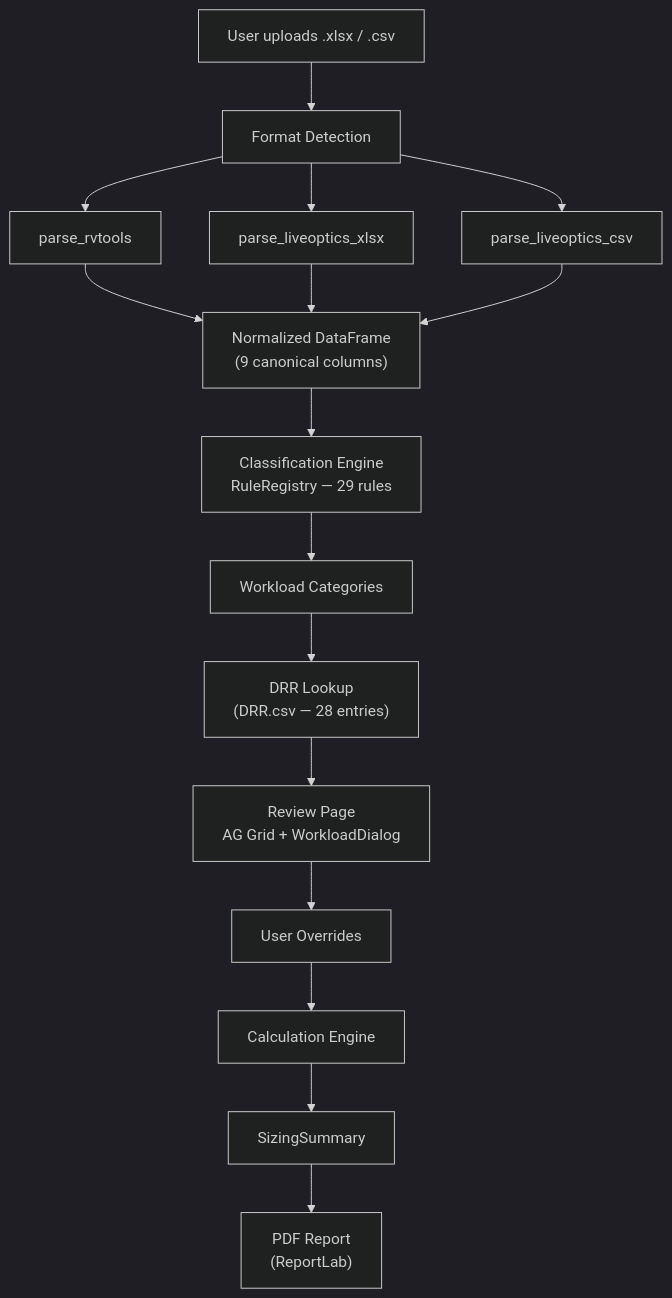
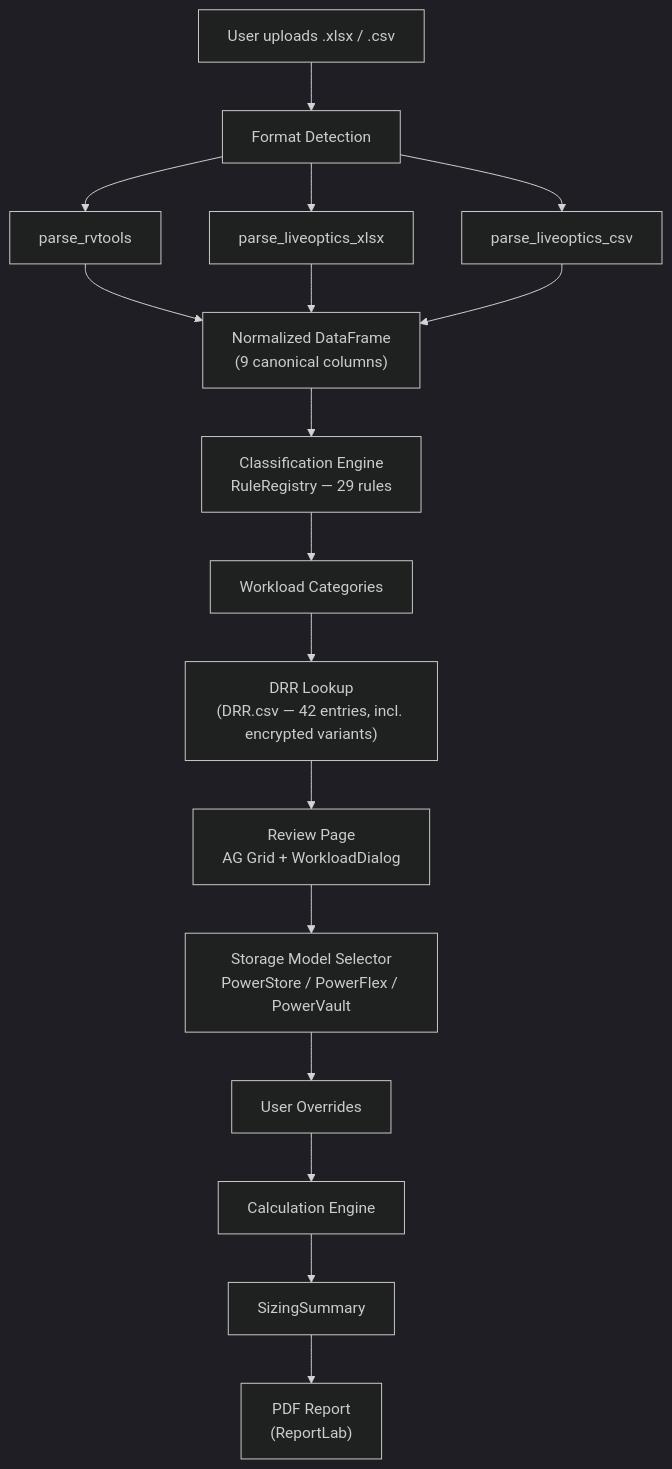
One commit to fjacquet/store-predict changed the first of 3 diagrams in docs/architecture.md. Above: the diagram before and after it, drawn with Mermaid (dark theme). The commit also changed other lines of this file and 6 other files, not shown here.

First line of the commit message:
docs: ADR 052-054, research phase 14, architecture update

````diff
--- a/docs/architecture.md
+++ b/docs/architecture.md
@@ -15,24 +15,25 @@
 ```mermaid
 flowchart TD
     Upload["User uploads .xlsx / .csv"] --> Detect["Format Detection"]
 
     Detect --> RV["parse_rvtools"]
     Detect --> LOX["parse_liveoptics_xlsx"]
     Detect --> LOC["parse_liveoptics_csv"]
 
     RV --> Norm["Normalized DataFrame<br/>(9 canonical columns)"]
     LOX --> Norm
     LOC --> Norm
 
     Norm --> Class["Classification Engine<br/>RuleRegistry — 29 rules"]
     Class --> Categories["Workload Categories"]
 
-    Categories --> DRR["DRR Lookup<br/>(DRR.csv — 28 entries)"]
+    Categories --> DRR["DRR Lookup<br/>(DRR.csv — 42 entries, incl. encrypted variants)"]
     DRR --> Review["Review Page<br/>AG Grid + WorkloadDialog"]
-    Review --> Overrides["User Overrides"]
+    Review --> Model["Storage Model Selector<br/>PowerStore / PowerFlex / PowerVault"]
+    Model --> Overrides["User Overrides"]
 
     Overrides --> Calc["Calculation Engine"]
     Calc --> Summary["SizingSummary"]
 
     Summary --> PDF["PDF Report<br/>(ReportLab)"]
 ```
````
